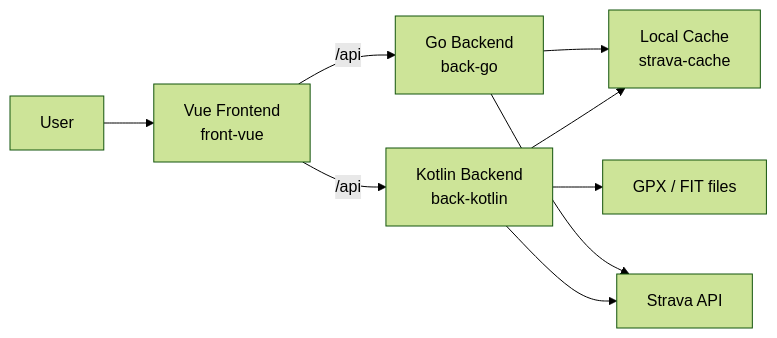
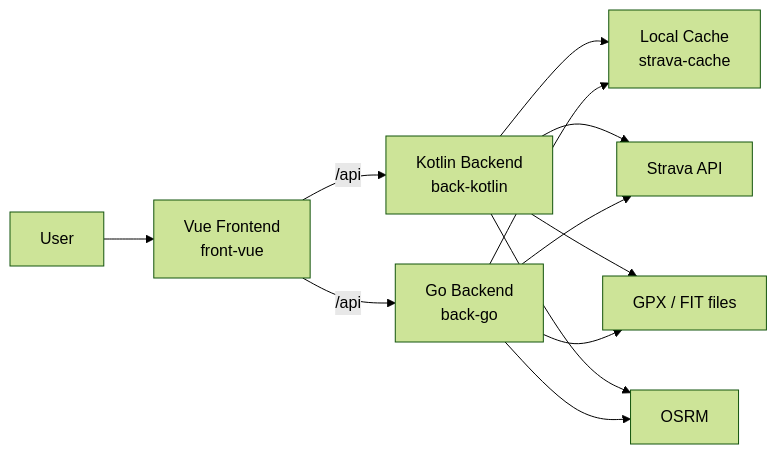
The first of 2 diagrams in docs/architecture/overview.md (nbulteau/mystravastats-2), drawn with Mermaid (forest theme) before and after one commit. The commit also changed other lines of this file and 18 other files, not shown here.

````diff
--- a/docs/architecture/overview.md
+++ b/docs/architecture/overview.md
@@ -15,14 +17,18 @@
 ```mermaid
 flowchart LR
     U["User"] --> F["Vue Frontend<br/>front-vue"]
     F -->|"/api"| K["Kotlin Backend<br/>back-kotlin"]
     F -->|"/api"| G["Go Backend<br/>back-go"]
 
     K --> C["Local Cache<br/>strava-cache"]
     G --> C
 
     K --> S["Strava API"]
     G --> S
 
     K --> D["GPX / FIT files"]
+    G --> D
+
+    K --> O["OSRM"]
+    G --> O
 ```
````
